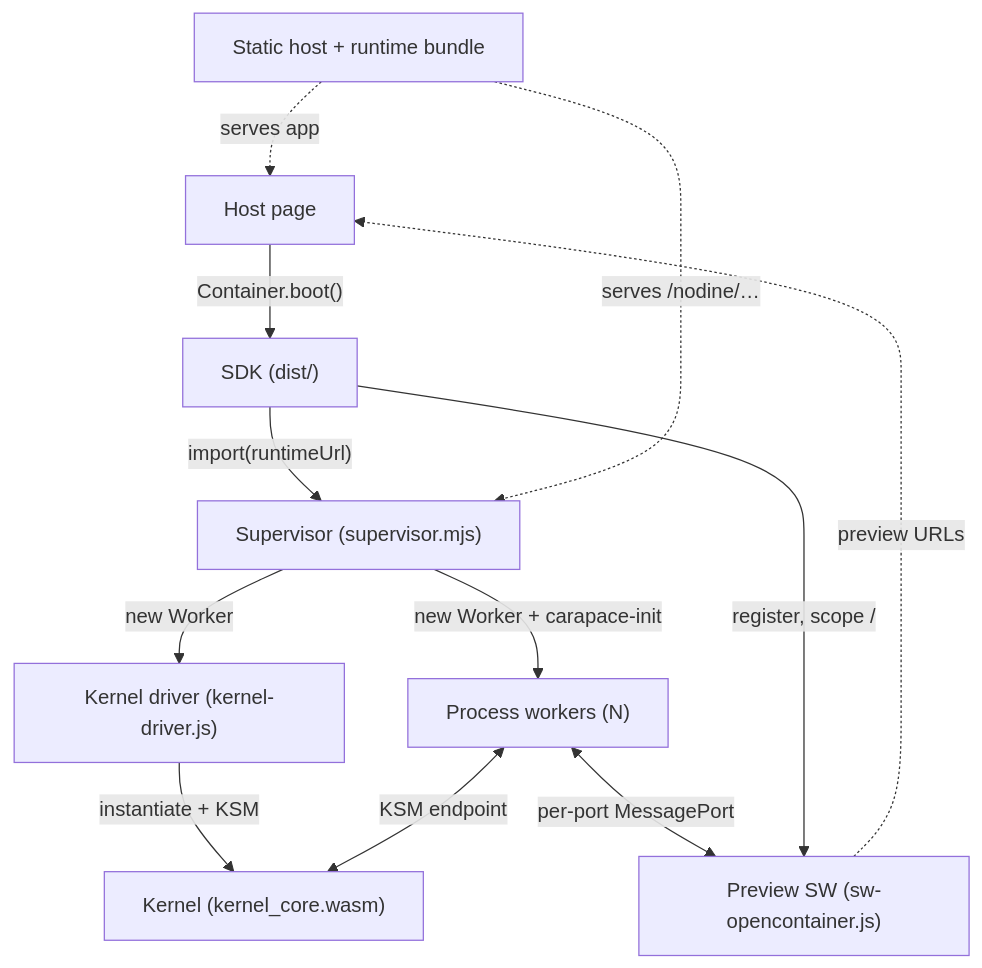
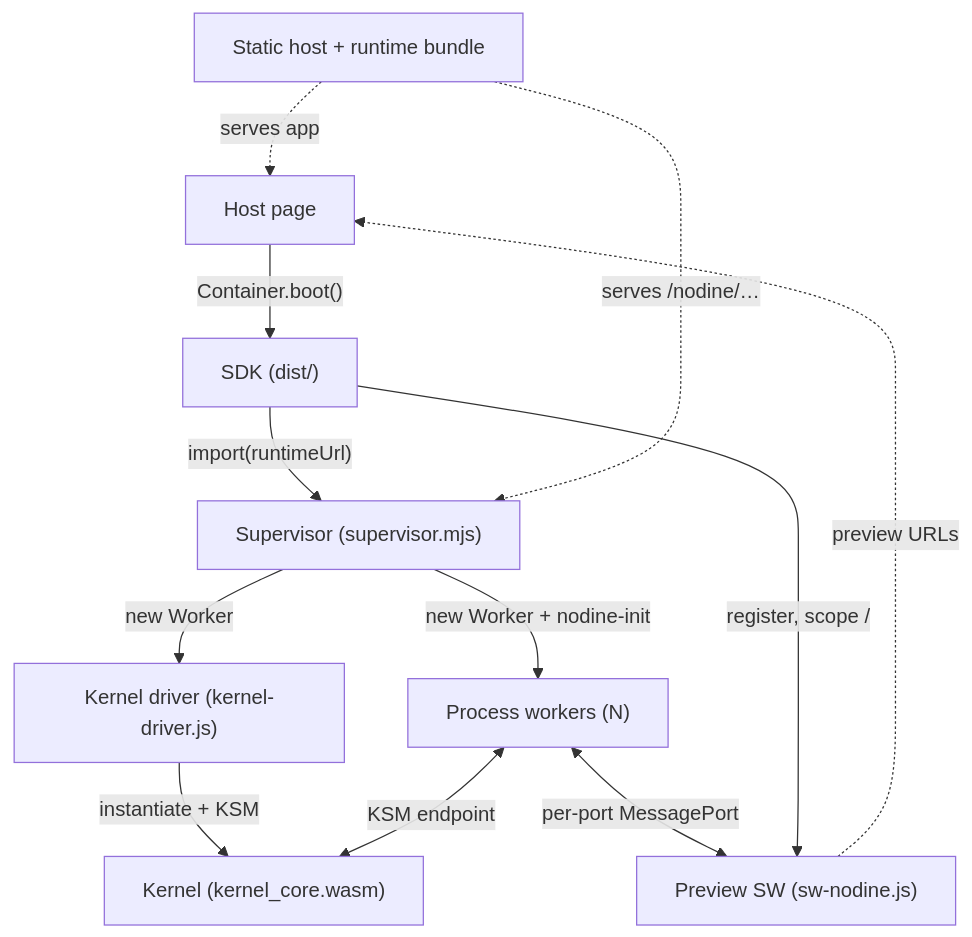
The first of 2 diagrams in docs/ARCHITECTURE.md (Amplytic-Labs/nodine), drawn with Mermaid before and after one commit. The commit also changed other lines of this file and 43 other files, not shown here.

First line of the commit message:
rename: complete the Nodine rebrand — remove every carapace/opencontainer/webcontainer reference

````diff
--- a/docs/ARCHITECTURE.md
+++ b/docs/ARCHITECTURE.md
@@ -9,14 +9,14 @@
 ```mermaid
 flowchart TD
     Page["Host page"] -->|"Container.boot()"| SDK["SDK (dist/)"]
     SDK -->|"import(runtimeUrl)"| Sup["Supervisor (supervisor.mjs)"]
     Sup -->|"new Worker"| Drv["Kernel driver (kernel-driver.js)"]
     Drv -->|"instantiate + KSM"| Kern["Kernel (kernel_core.wasm)"]
-    Sup -->|"new Worker + carapace-init"| Wrk["Process workers (N)"]
+    Sup -->|"new Worker + nodine-init"| Wrk["Process workers (N)"]
     Wrk <-- "KSM endpoint" --> Kern
-    Wrk <-- "per-port MessagePort" --> SW["Preview SW (sw-opencontainer.js)"]
+    Wrk <-- "per-port MessagePort" --> SW["Preview SW (sw-nodine.js)"]
     SDK -->|"register, scope /"| SW
     SW -.->|"preview URLs"| Page
     Files["Static host + runtime bundle"] -.->|"serves app"| Page
     Files -.->|"serves /nodine/…"| Sup
 ```
````
